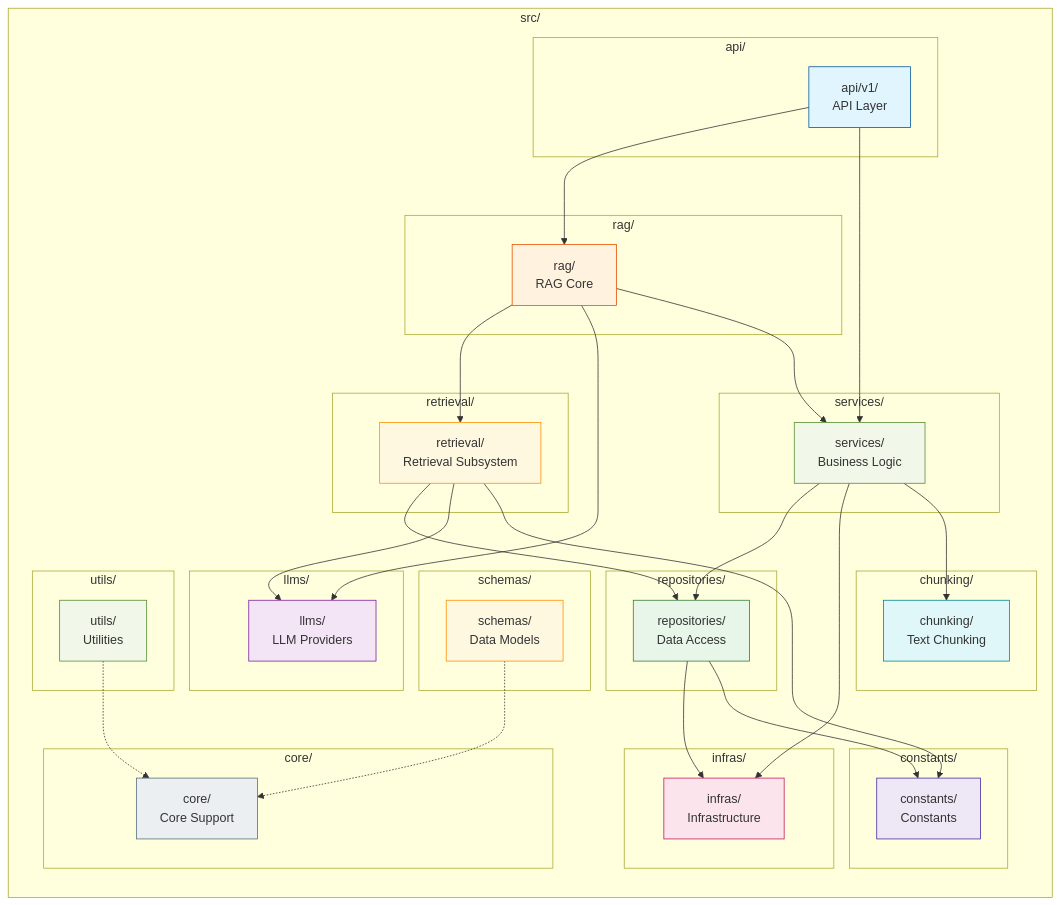
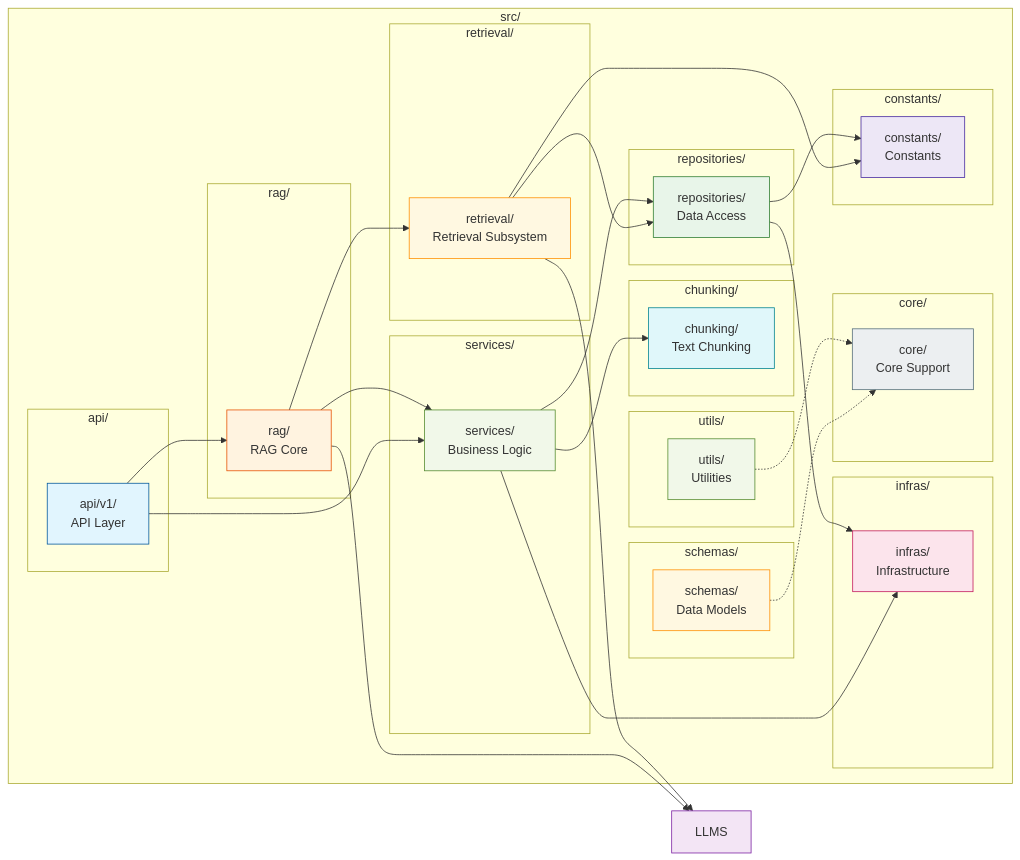
The third of 4 diagrams in README.en.md (chain-engine/x-GuanHai), drawn with Mermaid before and after one commit. The commit also changed other lines of this file, not shown here.

````diff
--- a/README.en.md
+++ b/README.en.md
@@ -302,82 +299,78 @@
 ```mermaid
 graph LR
     subgraph "src/"
         subgraph "api/"
             API["api/v1/<br/>API Layer"]
         end
 
         subgraph "rag/"
             RAG["rag/<br/>RAG Core"]
         end
 
         subgraph "retrieval/"
             RET["retrieval/<br/>Retrieval Subsystem"]
-        end
-
-        subgraph "llms/"
-            LLMS["llms/<br/>LLM Providers"]
         end
 
         subgraph "chunking/"
             CHK["chunking/<br/>Text Chunking"]
         end
 
         subgraph "services/"
             SVC["services/<br/>Business Logic"]
         end
 
         subgraph "repositories/"
             REPO["repositories/<br/>Data Access"]
         end
 
         subgraph "infras/"
             INFRAS["infras/<br/>Infrastructure"]
         end
 
         subgraph "core/"
             CORE["core/<br/>Core Support"]
         end
 
         subgraph "constants/"
             CONST["constants/<br/>Constants"]
         end
 
         subgraph "schemas/"
             SCHEMAS["schemas/<br/>Data Models"]
         end
 
         subgraph "utils/"
             UTILS["utils/<br/>Utilities"]
         end
     end
 
     API --> RAG
     API --> SVC
     RAG --> RET
     RAG --> LLMS
     RAG --> SVC
     RET --> REPO
     RET --> LLMS
     SVC --> REPO
     SVC --> INFRAS
     SVC --> CHK
     REPO --> INFRAS
     RET --> CONST
     REPO --> CONST
 
     SCHEMAS -.-> CORE
     UTILS -.-> CORE
 
     style API fill:#e1f5fe,stroke:#01579b
     style RAG fill:#fff3e0,stroke:#e65100
     style RET fill:#fff8e1,stroke:#ff8f00
     style LLMS fill:#f3e5f5,stroke:#7b1fa2
     style CHK fill:#e0f7fa,stroke:#00838f
     style SVC fill:#f1f8e9,stroke:#558b2f
     style REPO fill:#e8f5e9,stroke:#2e7d32
     style INFRAS fill:#fce4ec,stroke:#c2185b
     style CORE fill:#eceff1,stroke:#546e7a
     style CONST fill:#ede7f6,stroke:#4527a0
     style SCHEMAS fill:#fff8e1,stroke:#ff8f00
     style UTILS fill:#f1f8e9,stroke:#558b2f
 ```
````
